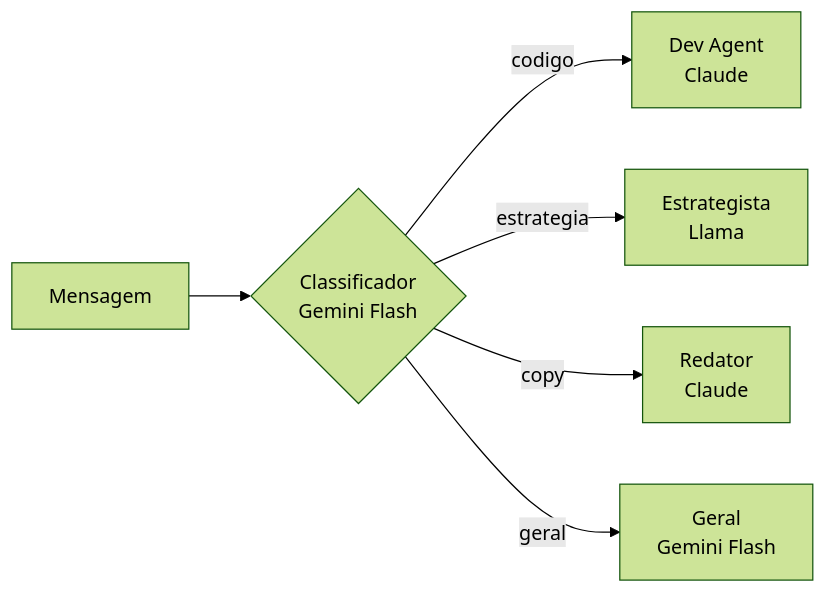
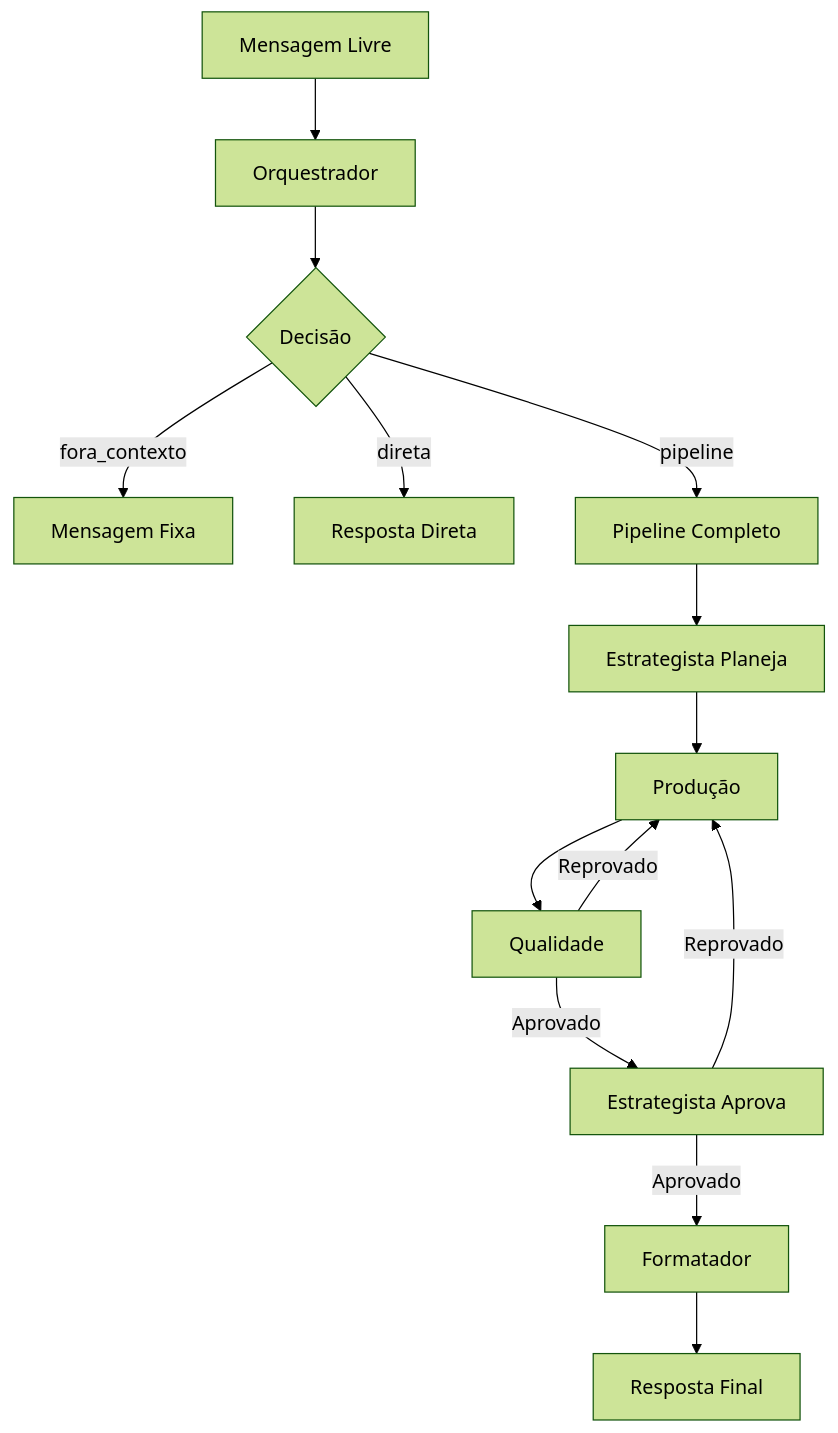
The diagram in docs/API.md (joaopedro-marques/suspira.fluxo.demo), drawn with Mermaid (forest theme) before and after one commit. The commit also changed other lines of this file and 3 other files, not shown here.

First line of the commit message:
docs: update diagrams for multi-agent pipeline

````diff
--- a/docs/API.md
+++ b/docs/API.md
@@ -178,8 +164,17 @@
 ```mermaid
-flowchart LR
-    MSG[Mensagem] --> CLASS{Classificador<br/>Gemini Flash}
-    CLASS -->|codigo| DEV[Dev Agent<br/>Claude]
-    CLASS -->|estrategia| EST[Estrategista<br/>Llama]
-    CLASS -->|copy| RED[Redator<br/>Claude]
-    CLASS -->|geral| GEN[Geral<br/>Gemini Flash]
+flowchart TD
+    MSG[Mensagem Livre] --> ORQ[Orquestrador]
+    ORQ --> DEC{Decisão}
+    DEC -->|fora_contexto| FIX[Mensagem Fixa]
+    DEC -->|direta| DIR[Resposta Direta]
+    DEC -->|pipeline| PIPE[Pipeline Completo]
+    
+    PIPE --> EST[Estrategista Planeja]
+    EST --> PROD[Produção]
+    PROD --> QA[Qualidade]
+    QA -->|Aprovado| APROV[Estrategista Aprova]
+    QA -->|Reprovado| PROD
+    APROV -->|Aprovado| FORM[Formatador]
+    APROV -->|Reprovado| PROD
+    FORM --> RESP[Resposta Final]
 ```
````
